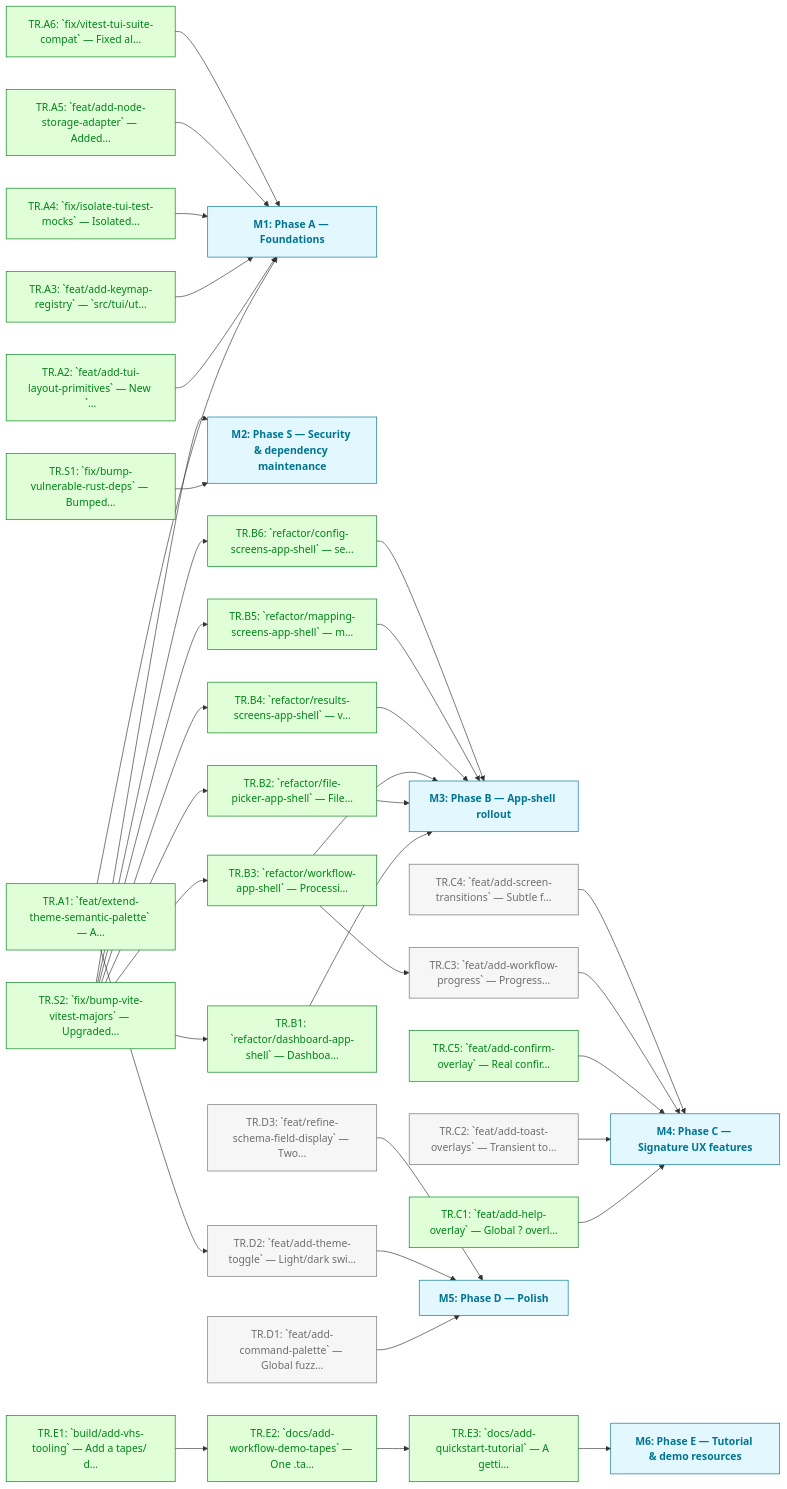
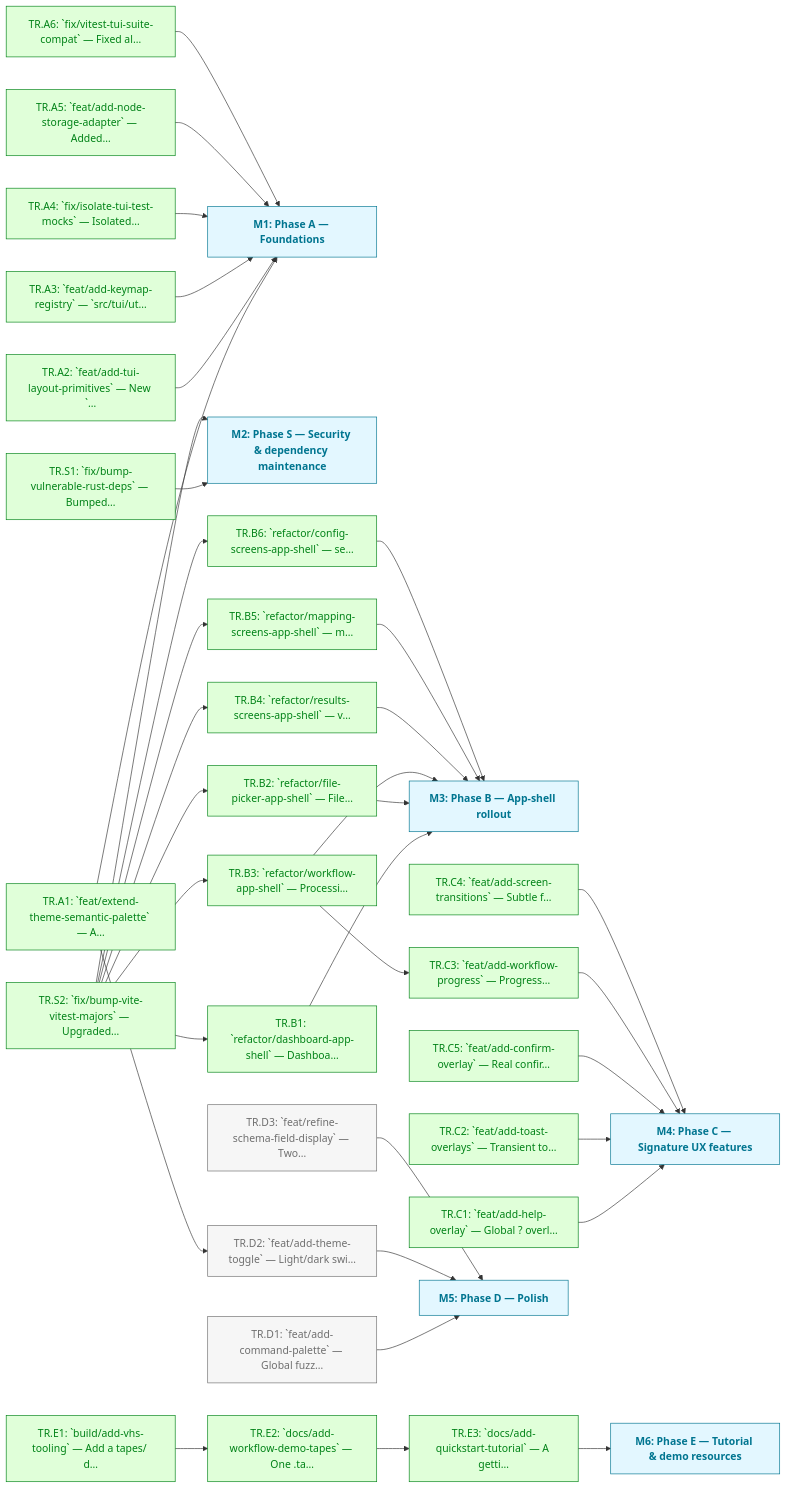
Before and after one commit to foundersandcoders/iris: the diagram in docs/roadmaps/v5a-2606/enhanced.md, drawn with Mermaid. The commit also changed other lines of this file and 1 other file, not shown here.

Commit message:
docs(roadmap): reconcile

````diff
--- a/docs/roadmaps/v5a-2606/enhanced.md
+++ b/docs/roadmaps/v5a-2606/enhanced.md
@@ -98,77 +101,77 @@
 ```mermaid
 graph LR
 	classDef todo fill:#f6f6f6,stroke:#6f6f6f,color:#6f6f6f
 	classDef blocked fill:#fff8f6,stroke:#e0002b,color:#e0002b,stroke-width:2px
 	classDef paused fill:#fdf4ff,stroke:#b01fe3,color:#b01fe3,stroke-dasharray:4 3
 	classDef deferred fill:#fff8f3,stroke:#ac5c00,color:#ac5c00,stroke-dasharray:2 4,font-style:italic
 	classDef done fill:#e0ffd9,stroke:#008217,color:#008217
 	classDef outOfScope fill:#f6f6f6,stroke:#e2e2e2,color:#e2e2e2,stroke-dasharray:2 2
 	classDef mile fill:#e3f7ff,stroke:#007590,color:#007590,font-weight:bold
 	classDef external fill:#fff9e5,stroke:#7d6f00,color:#7d6f00,stroke-dasharray:4 3,font-style:italic
 	TR.A1["TR.A1: `feat/extend-theme-semantic-palette` — A…"]
 	TR.A2["TR.A2: `feat/add-tui-layout-primitives` — New `…"]
 	TR.A3["TR.A3: `feat/add-keymap-registry` — `src/tui/ut…"]
 	TR.A4["TR.A4: `fix/isolate-tui-test-mocks` — Isolated…"]
 	TR.A5["TR.A5: `feat/add-node-storage-adapter` — Added…"]
 	TR.A6["TR.A6: `fix/vitest-tui-suite-compat` — Fixed al…"]
 	M1["M1: Phase A — Foundations"]:::mile
 	TR.S1["TR.S1: `fix/bump-vulnerable-rust-deps` — Bumped…"]
 	TR.S2["TR.S2: `fix/bump-vite-vitest-majors` — Upgraded…"]
 	M2["M2: Phase S — Security & dependency maintenance"]:::mile
 	TR.B1["TR.B1: `refactor/dashboard-app-shell` — Dashboa…"]
 	TR.B2["TR.B2: `refactor/file-picker-app-shell` — File…"]
 	TR.B3["TR.B3: `refactor/workflow-app-shell` — Processi…"]
 	TR.B4["TR.B4: `refactor/results-screens-app-shell` — v…"]
 	TR.B5["TR.B5: `refactor/mapping-screens-app-shell` — m…"]
 	TR.B6["TR.B6: `refactor/config-screens-app-shell` — se…"]
 	M3["M3: Phase B — App-shell rollout"]:::mile
 	TR.C1["TR.C1: `feat/add-help-overlay` — Global ? overl…"]
 	TR.C2["TR.C2: `feat/add-toast-overlays` — Transient to…"]
 	TR.C5["TR.C5: `feat/add-confirm-overlay` — Real confir…"]
 	TR.C3["TR.C3: `feat/add-workflow-progress` — Progress…"]
 	TR.C4["TR.C4: `feat/add-screen-transitions` — Subtle f…"]
 	M4["M4: Phase C — Signature UX features"]:::mile
 	TR.D1["TR.D1: `feat/add-command-palette` — Global fuzz…"]
 	TR.D2["TR.D2: `feat/add-theme-toggle` — Light/dark swi…"]
 	TR.D3["TR.D3: `feat/refine-schema-field-display` — Two…"]
 	M5["M5: Phase D — Polish"]:::mile
 	TR.E1["TR.E1: `build/add-vhs-tooling` — Add a tapes/ d…"]
 	TR.E2["TR.E2: `docs/add-workflow-demo-tapes` — One .ta…"]
 	TR.E3["TR.E3: `docs/add-quickstart-tutorial` — A getti…"]
 	M6["M6: Phase E — Tutorial & demo resources"]:::mile
 	TR.A1 --> M1
 	TR.A1 --> TR.D2
 	TR.A2 --> M1
 	TR.A3 --> M1
 	TR.A4 --> M1
 	TR.A5 --> M1
 	TR.A6 --> M1
 	TR.S1 --> M2
 	TR.S2 --> M2
 	TR.S2 --> TR.B1
 	TR.S2 --> TR.B2
 	TR.S2 --> TR.B3
 	TR.S2 --> TR.B4
 	TR.S2 --> TR.B5
 	TR.S2 --> TR.B6
 	TR.B1 --> M3
 	TR.B2 --> M3
 	TR.B3 --> M3
 	TR.B3 --> TR.C3
 	TR.B4 --> M3
 	TR.B5 --> M3
 	TR.B6 --> M3
 	TR.C1 --> M4
 	TR.C2 --> M4
 	TR.C5 --> M4
 	TR.C3 --> M4
 	TR.C4 --> M4
 	TR.D1 --> M5
 	TR.D2 --> M5
 	TR.D3 --> M5
 	TR.E1 --> TR.E2
 	TR.E2 --> TR.E3
 	TR.E3 --> M6
-	class TR.C2,TR.C3,TR.C4,TR.D1,TR.D2,TR.D3 todo
-	class TR.A1,TR.A2,TR.A3,TR.A4,TR.A5,TR.A6,TR.B1,TR.B2,TR.B3,TR.B4,TR.B5,TR.B6,TR.C1,TR.C5,TR.E1,TR.E2,TR.E3,TR.S1,TR.S2 done
+	class TR.D1,TR.D2,TR.D3 todo
+	class TR.A1,TR.A2,TR.A3,TR.A4,TR.A5,TR.A6,TR.B1,TR.B2,TR.B3,TR.B4,TR.B5,TR.B6,TR.C1,TR.C2,TR.C3,TR.C4,TR.C5,TR.E1,TR.E2,TR.E3,TR.S1,TR.S2 done
 ```
````
